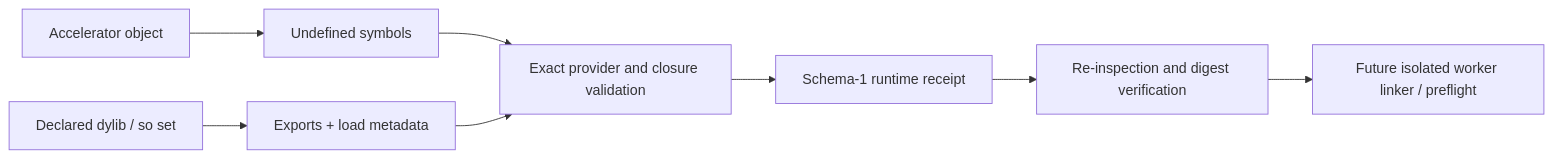
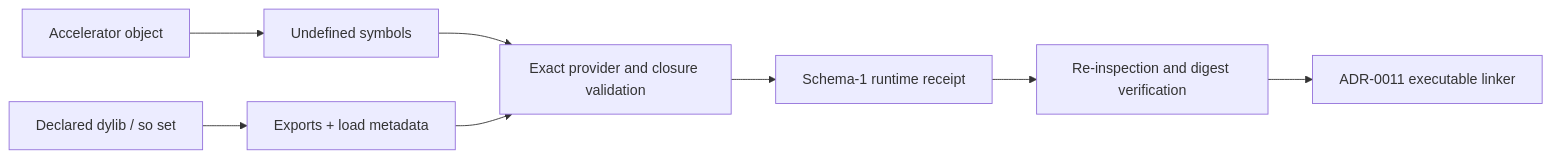
The diagram in docs/ADR-0010-ACCELERATOR-RUNTIME-RECEIPTS.md (1amageek/swift-mojo), drawn with Mermaid before and after one commit. The commit also changed other lines of this file and 15 other files, not shown here.

Commit message:
Document direct-linked persistent worker architecture

````diff
--- a/docs/ADR-0010-ACCELERATOR-RUNTIME-RECEIPTS.md
+++ b/docs/ADR-0010-ACCELERATOR-RUNTIME-RECEIPTS.md
@@ -35,10 +35,10 @@
 ```mermaid
 flowchart LR
     O["Accelerator object"] --> U["Undefined symbols"]
     L["Declared dylib / so set"] --> M["Exports + load metadata"]
     U --> C["Exact provider and closure validation"]
     M --> C
     C --> R["Schema-1 runtime receipt"]
     R --> V["Re-inspection and digest verification"]
-    V --> W["Future isolated worker linker / preflight"]
+    V --> W["ADR-0011 executable linker"]
 ```
````
